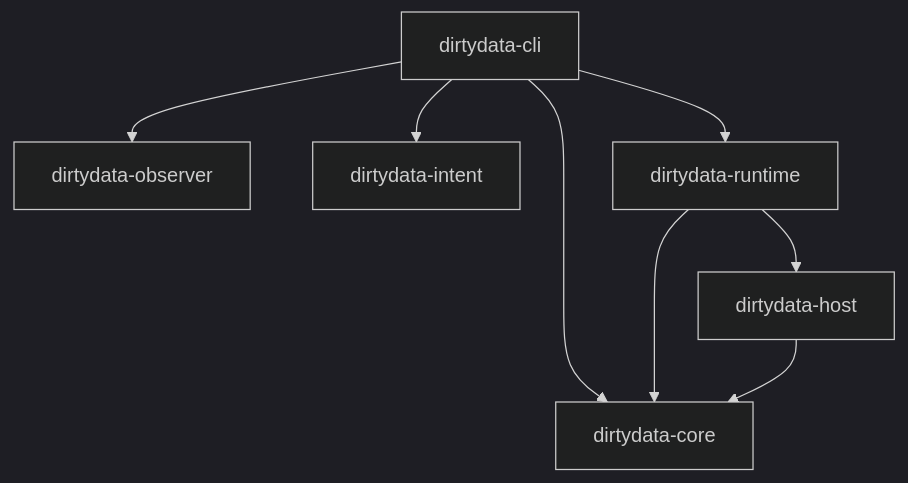
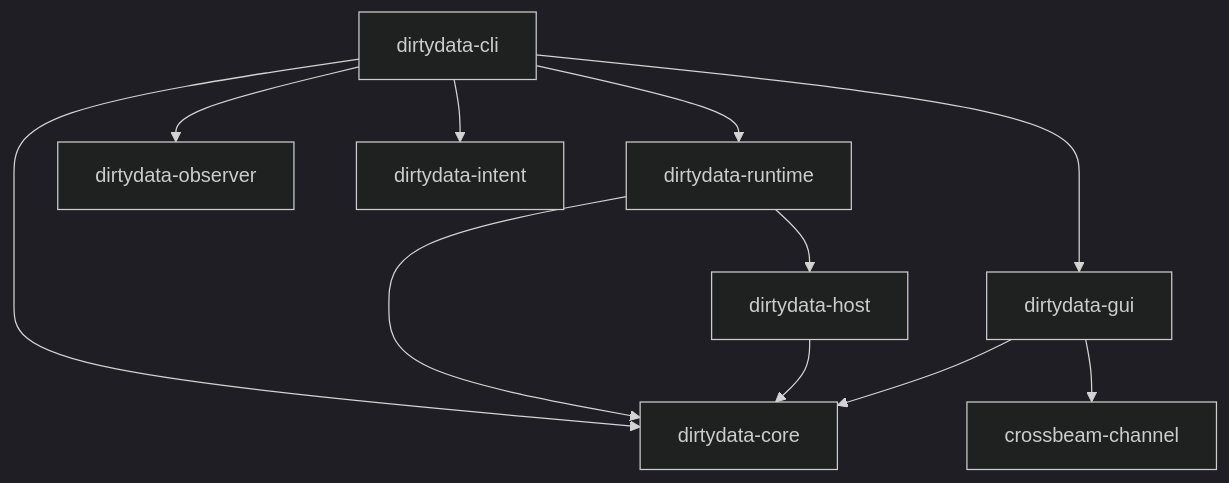
One commit to Yasuno-5555/DirtyRack changed the diagram in docs/architecture.md. Above: the diagram before and after it, drawn with Mermaid (dark theme). The commit also changed other lines of this file and 8 other files, not shown here.

Commit message:
Phase 4 Complete: Graphical Projector Architecture & Implementation

````diff
--- a/docs/architecture.md
+++ b/docs/architecture.md
@@ -50,12 +59,16 @@
 ```mermaid
 graph TD
     CLI[dirtydata-cli] --> Core[dirtydata-core]
     CLI --> Observer[dirtydata-observer]
     CLI --> Intent[dirtydata-intent]
     CLI --> Runtime[dirtydata-runtime]
+    CLI --> GUI[dirtydata-gui]
+    
+    GUI --> Core
+    GUI --> Crossbeam[crossbeam-channel]
     
     Runtime --> Core
     Runtime --> Host[dirtydata-host]
     
     Host --> Core
 ```
````
